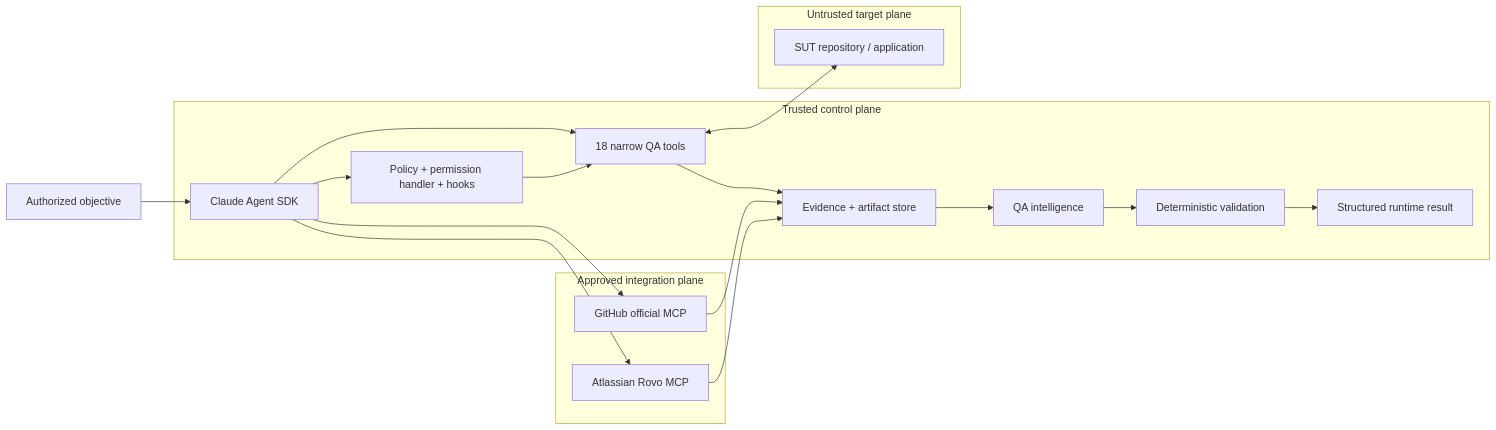
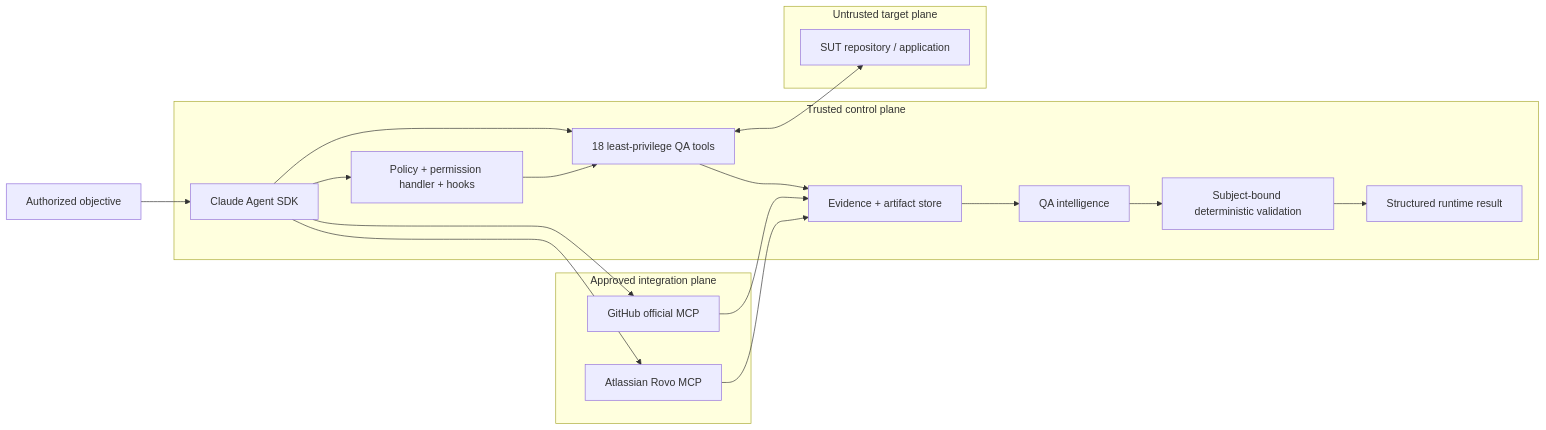
The first of 3 diagrams in README.md (portyu9/ai-qa-automation), drawn with Mermaid before and after one commit. The commit also changed other lines of this file, not shown here.

Commit message:
docs: elevate README architecture and native GitHub presentation

````diff
--- a/README.md
+++ b/README.md
@@ -99,29 +123,29 @@
 ```mermaid
 flowchart LR
     O[Authorized objective] --> C[Claude Agent SDK]
 
     subgraph CONTROL[Trusted control plane]
       C --> P[Policy + permission handler + hooks]
-      C --> Q[18 narrow QA tools]
+      C --> Q[18 least-privilege QA tools]
       P --> Q
       Q --> E[Evidence + artifact store]
       E --> I[QA intelligence]
-      I --> V[Deterministic validation]
+      I --> V[Subject-bound deterministic validation]
       V --> R[Structured runtime result]
     end
 
     subgraph TARGET[Untrusted target plane]
       S[SUT repository / application]
     end
 
     subgraph PROVIDERS[Approved integration plane]
       G[GitHub official MCP]
       A[Atlassian Rovo MCP]
     end
 
     Q <--> S
     C --> G
     C --> A
     G --> E
     A --> E
 ```
````
